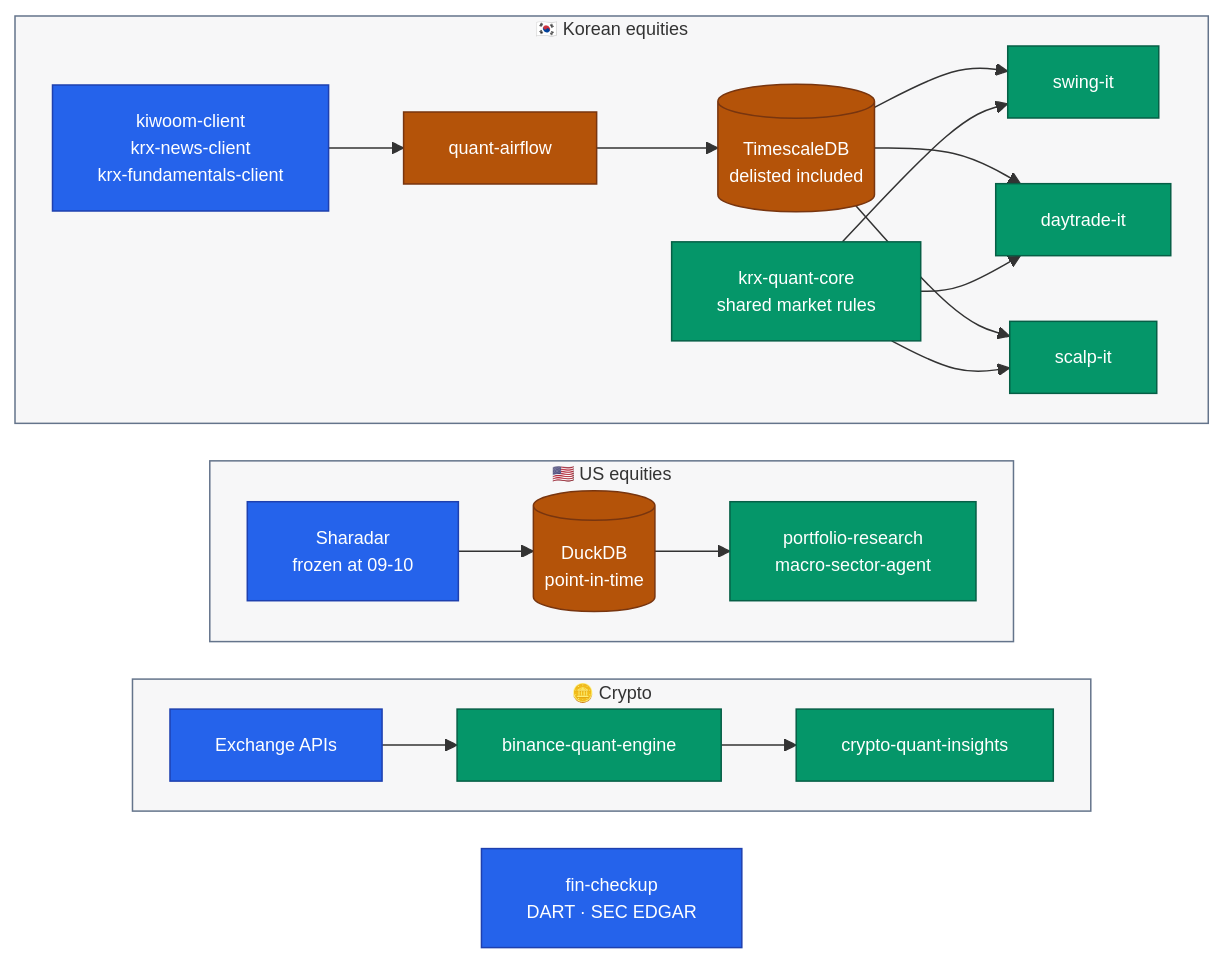
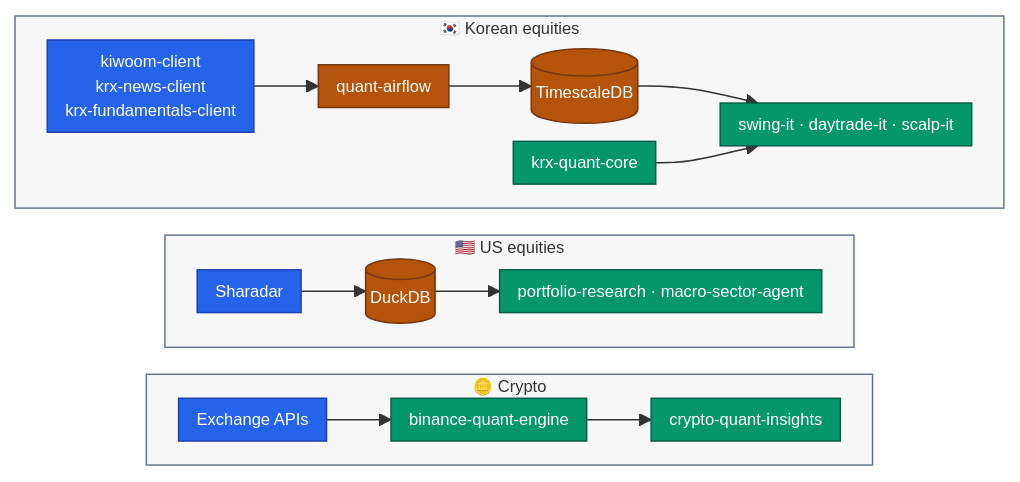
Before and after one commit to younghwan91/younghwan91: the diagram in README.md, drawn with Mermaid. The commit also changed other lines of this file and 1 other file, not shown here.

Commit message:
docs(readme): 다이어그램 축소 — 리서치 레포를 노드 하나로, 보조 설명·fin-checkup 노드 제거
노드 16개 → 11개. fin-checkup 은 다이어그램 아래 설명으로 옮기고, 글자·간격·여백을 더 좁힌다.

````diff
--- a/README.md
+++ b/README.md
@@ -21,38 +21,33 @@
 ```mermaid
-%%{init: {"flowchart": {"useMaxWidth": false, "nodeSpacing": 20, "rankSpacing": 25}, "themeVariables": {"fontSize": "12px"}}}%%
+%%{init: {"flowchart": {"useMaxWidth": false, "nodeSpacing": 12, "rankSpacing": 18, "padding": 6}, "themeVariables": {"fontSize": "11px"}}}%%
 flowchart TB
     subgraph KR ["🇰🇷 Korean equities"]
         direction LR
-        SRC["kiwoom-client<br/>krx-news-client<br/>krx-fundamentals-client"] --> AF["quant-airflow"] --> DB[("TimescaleDB<br/>delisted included")]
-        DB --> SW["swing-it"]
-        DB --> DT["daytrade-it"]
-        DB --> SC["scalp-it"]
-        KC["krx-quant-core<br/>shared market rules"] --> SW & DT & SC
+        SRC["kiwoom-client<br/>krx-news-client<br/>krx-fundamentals-client"] --> AF["quant-airflow"] --> DB[("TimescaleDB")] --> RS["swing-it · daytrade-it · scalp-it"]
+        KC["krx-quant-core"] --> RS
     end
 
     subgraph US ["🇺🇸 US equities"]
         direction LR
-        SH["Sharadar<br/>frozen at 09-10"] --> DD[("DuckDB<br/>point-in-time")] --> PR["portfolio-research<br/>macro-sector-agent"]
+        SH["Sharadar"] --> DD[("DuckDB")] --> PR["portfolio-research · macro-sector-agent"]
     end
 
     subgraph CX ["🪙 Crypto"]
         direction LR
         EX["Exchange APIs"] --> CR["binance-quant-engine"] --> CI["crypto-quant-insights"]
     end
 
-    FC["fin-checkup<br/>DART · SEC EDGAR"]
-
-    KR ~~~ US ~~~ CX ~~~ FC
+    KR ~~~ US ~~~ CX
 
     classDef source fill:#2563EB,stroke:#1E40AF,color:#FFFFFF
     classDef move   fill:#B45309,stroke:#78350F,color:#FFFFFF
     classDef out    fill:#059669,stroke:#065F46,color:#FFFFFF
 
-    class SRC,SH,EX,FC source
+    class SRC,SH,EX source
     class AF,DB,DD move
-    class SW,DT,SC,KC,PR,CR,CI out
+    class RS,KC,PR,CR,CI out
 
     style KR fill:#0F172A08,stroke:#64748B
     style US fill:#0F172A08,stroke:#64748B
     style CX fill:#0F172A08,stroke:#64748B
 ```
````
